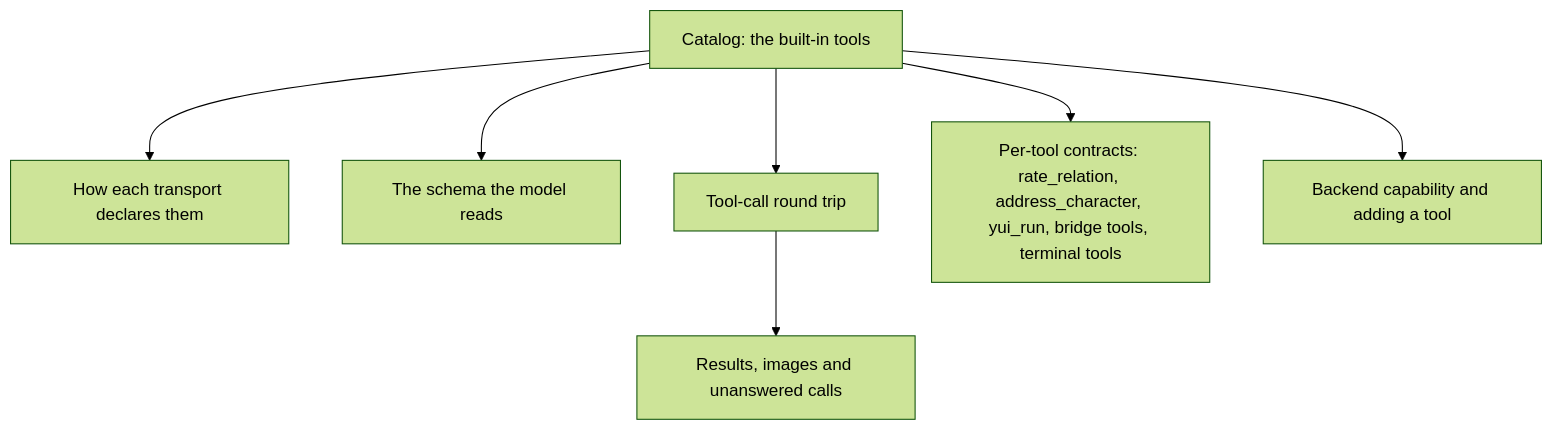
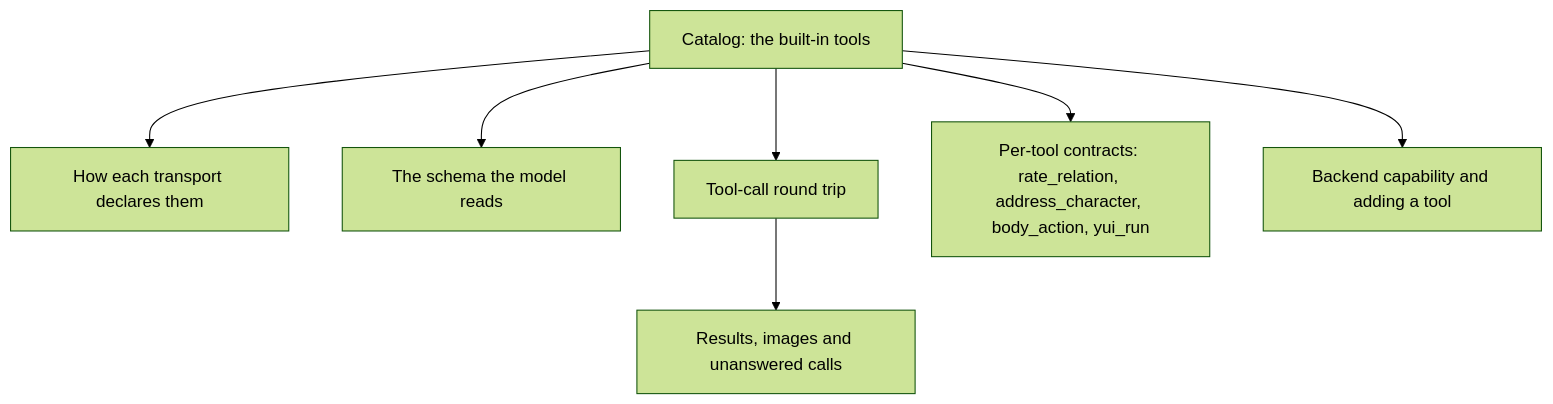
The first of 3 diagrams in docs/reference/client-tools.md (yw0nam/YUI), drawn with Mermaid (forest theme) before and after one commit. The commit also changed other lines of this file and 93 other files, not shown here.

First line of the commit message:
feat!: the backend reaches look, Threads, terminals, plugins and the guides through yui_run (#2148)

````diff
--- a/docs/reference/client-tools.md
+++ b/docs/reference/client-tools.md
@@ -7,9 +7,9 @@
 ```mermaid
 flowchart TB
   A["Catalog: the built-in tools"] --> B["How each transport declares them"]
   A --> C["The schema the model reads"]
   A --> D["Tool-call round trip"]
   D --> E["Results, images and unanswered calls"]
-  A --> F["Per-tool contracts: rate_relation, address_character, yui_run, bridge tools, terminal tools"]
+  A --> F["Per-tool contracts: rate_relation, address_character, body_action, yui_run"]
   A --> G["Backend capability and adding a tool"]
 ```
````
